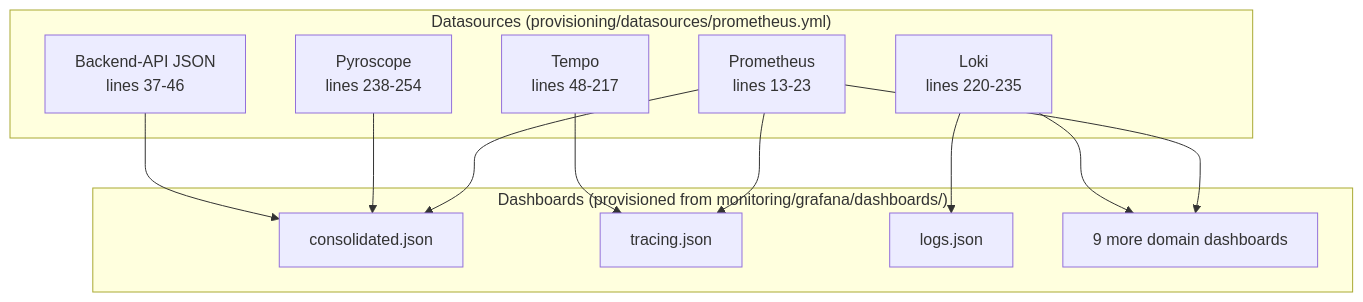
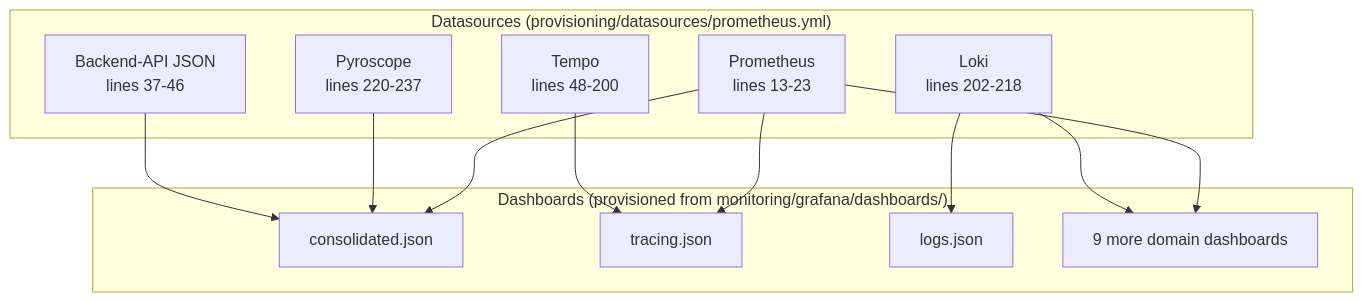
One commit to mikesvoboda/nemotron-v3-home-security-intelligence changed the diagram in docs/architecture/observability/grafana-dashboards.md. Above: the diagram before and after it, drawn with Mermaid. The commit also changed other lines of this file and 33 other files, not shown here.

````diff
--- a/docs/architecture/observability/grafana-dashboards.md
+++ b/docs/architecture/observability/grafana-dashboards.md
@@ -31,26 +31,26 @@
 ```mermaid
 graph TD
     subgraph "Datasources (provisioning/datasources/prometheus.yml)"
         PROM[Prometheus<br/>lines 13-23]
-        LOKI[Loki<br/>lines 220-235]
-        TEMPO[Tempo<br/>lines 48-217]
-        PYRO[Pyroscope<br/>lines 238-254]
+        LOKI[Loki<br/>lines 202-218]
+        TEMPO[Tempo<br/>lines 48-200]
+        PYRO[Pyroscope<br/>lines 220-237]
         API[Backend-API JSON<br/>lines 37-46]
     end
 
     subgraph "Dashboards (provisioned from monitoring/grafana/dashboards/)"
         CONS[consolidated.json]
         TRAC[tracing.json]
         LOGS[logs.json]
         EXTRA[9 more domain dashboards]
     end
 
     PROM --> CONS
     PROM --> TRAC
     LOKI --> LOGS
     TEMPO --> TRAC
     PYRO --> CONS
     API --> CONS
     PROM --> EXTRA
     LOKI --> EXTRA
 ```
````
